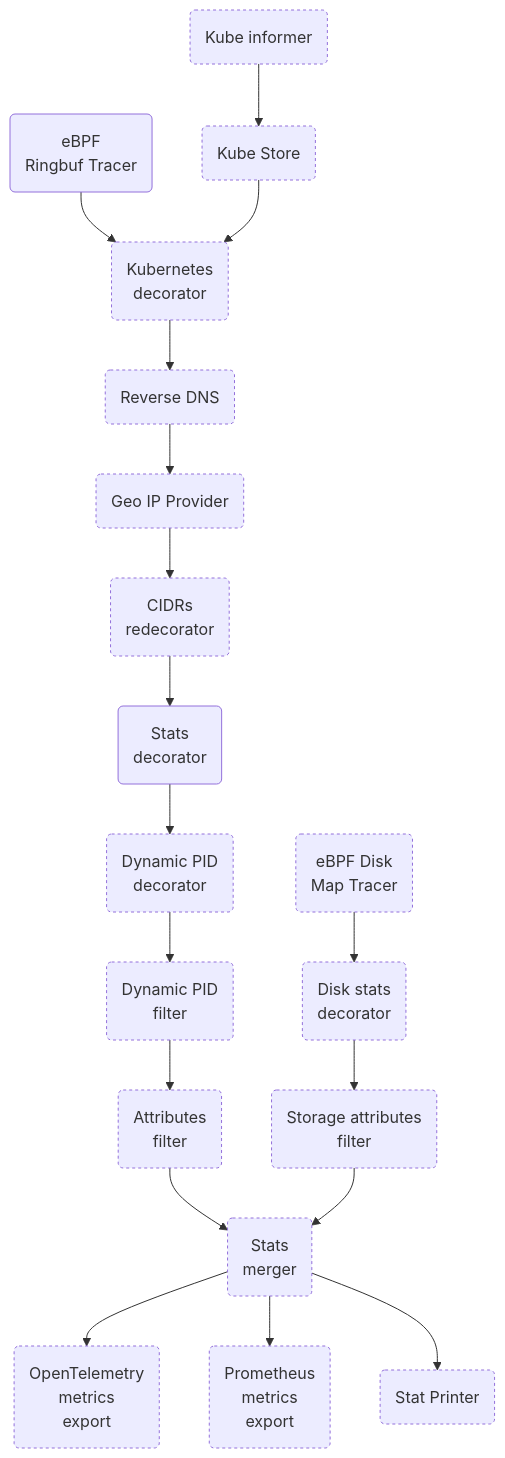
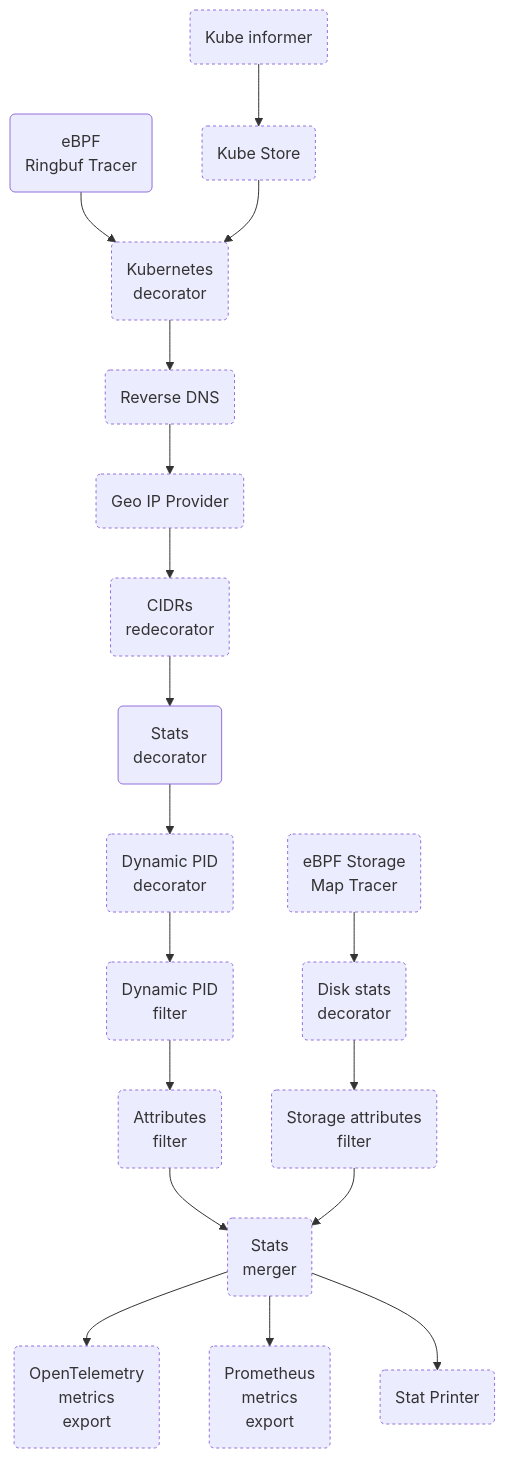
The third of 3 diagrams in devdocs/pipeline-map.md (TheDwingMAN/opentelemetry-ebpf-instrumentation), drawn with Mermaid before and after one commit. The commit also changed 1 other file, not shown here.

Commit message:
statsolly: describe the disk map tracer by the storage stats it reads
The comment of DiskMapTracer and its label in the pipeline map now say
that it reads the storage stats that the kernel keeps, which holds for
each storage feature that adds its maps to it.

````diff
--- a/devdocs/pipeline-map.md
+++ b/devdocs/pipeline-map.md
@@ -103,21 +103,21 @@
 ```mermaid
 flowchart TD
     classDef optional stroke-dasharray: 3 3;
     RT(eBPF<br/>Ringbuf Tracer) --> K8S
     KIN(Kube informer):::optional --> KSTORE
     KSTORE(Kube Store):::optional --> K8S
     K8S(Kubernetes<br/>decorator):::optional --> RDNS
     RDNS(Reverse DNS):::optional --> GeoIP
     GeoIP(Geo IP Provider):::optional --> CIDRS
     CIDRS(CIDRs<br/>redecorator):::optional --> DEC
     DEC(Stats<br/>decorator) --> DPD
     DPD(Dynamic PID<br/>decorator):::optional --> DPF
     DPF(Dynamic PID<br/>filter):::optional --> FLTR
     FLTR(Attributes<br/>filter):::optional --> MRG
-    DMT(eBPF Disk<br/>Map Tracer):::optional --> DDEC
+    DMT(eBPF Storage<br/>Map Tracer):::optional --> DDEC
     DDEC(Disk stats<br/>decorator):::optional --> SFLTR
     SFLTR(Storage attributes<br/>filter):::optional --> MRG
     MRG(Stats<br/>merger):::optional --> OTEL(OpenTelemetry<br/>metrics<br/>export):::optional
     MRG --> PROM(Prometheus<br/>metrics<br/>export):::optional
     MRG --> StatPrinter(Stat Printer):::optional
 ```
````
